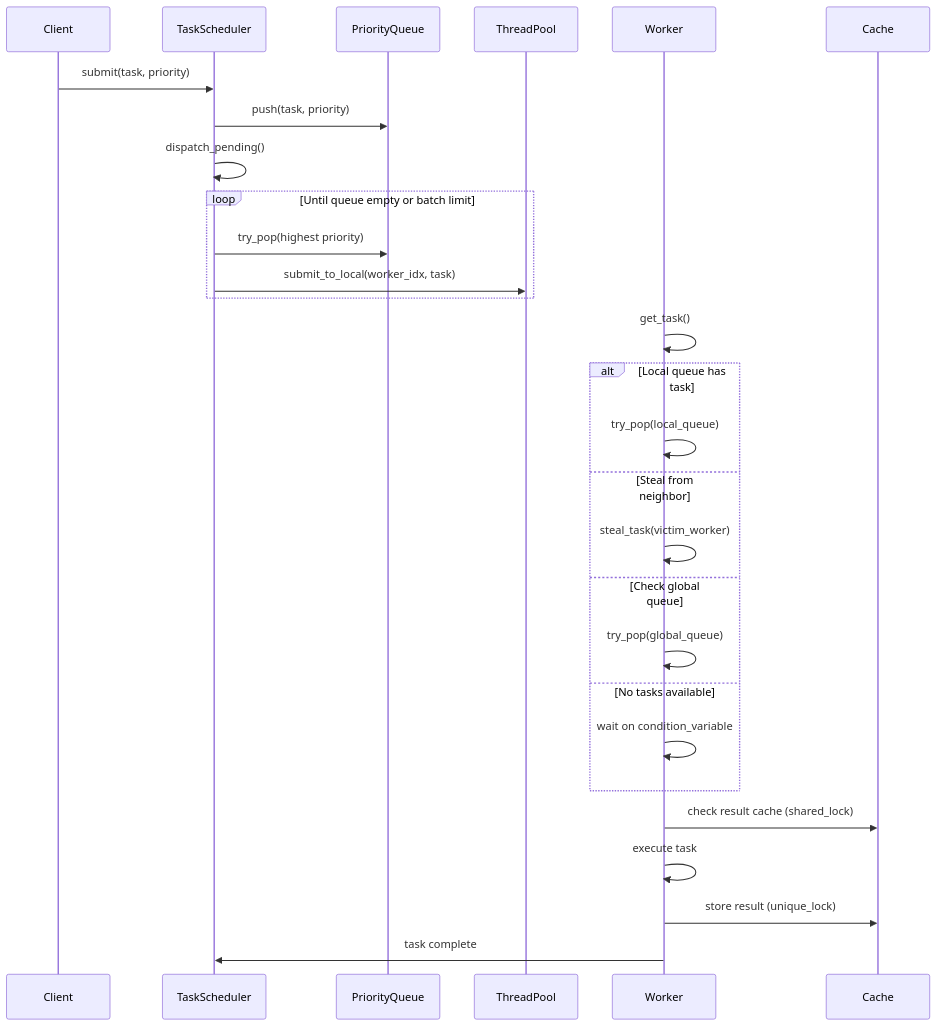
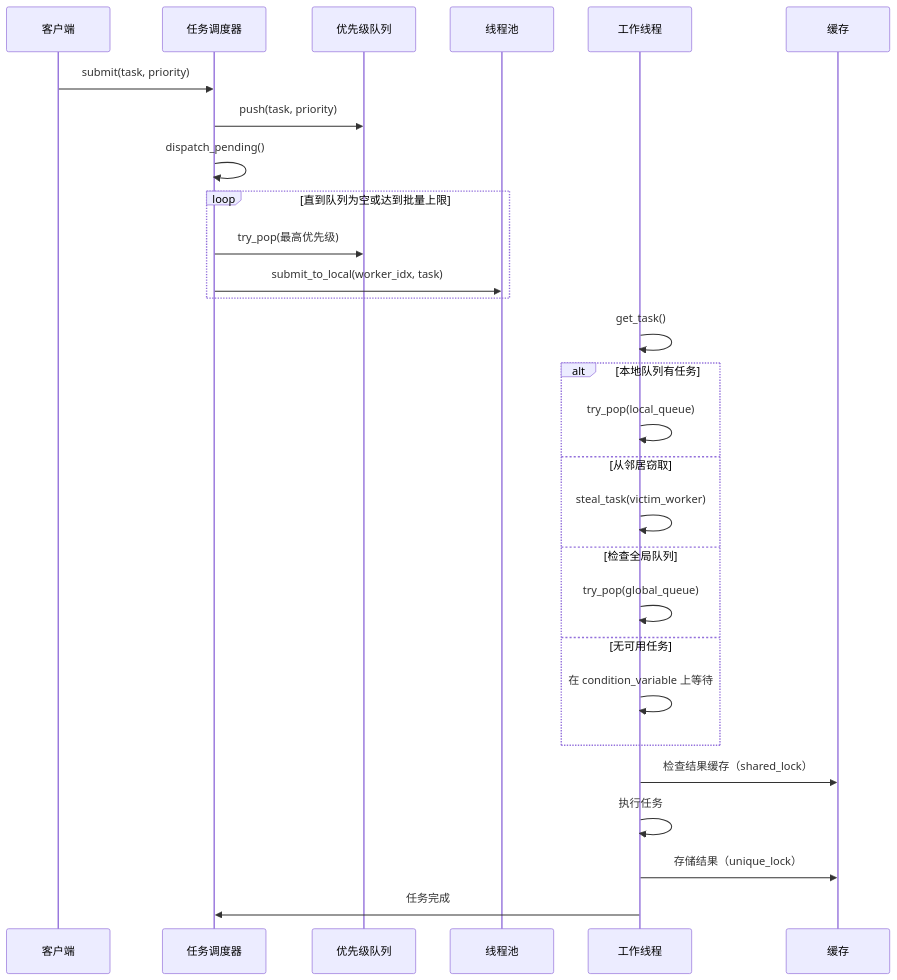
The second of 3 diagrams in c++/multhread/project/industrial-concurrency-project/docs/architecture.md (JuShuai-gif/cuda_pytorch), drawn with Mermaid before and after one commit. The commit also changed other lines of this file and 155 other files, not shown here.

````diff
--- a/c++/multhread/project/industrial-concurrency-project/docs/architecture.md
+++ b/c++/multhread/project/industrial-concurrency-project/docs/architecture.md
@@ -52,35 +52,35 @@
 ```mermaid
 sequenceDiagram
-    participant Client
-    participant TaskScheduler
-    participant PriorityQueue
-    participant ThreadPool
-    participant Worker
-    participant Cache
+    participant 客户端
+    participant 任务调度器
+    participant 优先级队列
+    participant 线程池
+    participant 工作线程
+    participant 缓存
 
-    Client->>TaskScheduler: submit(task, priority)
-    TaskScheduler->>PriorityQueue: push(task, priority)
-    TaskScheduler->>TaskScheduler: dispatch_pending()
+    客户端->>任务调度器: submit(task, priority)
+    任务调度器->>优先级队列: push(task, priority)
+    任务调度器->>任务调度器: dispatch_pending()
     
-    loop Until queue empty or batch limit
-        TaskScheduler->>PriorityQueue: try_pop(highest priority)
-        TaskScheduler->>ThreadPool: submit_to_local(worker_idx, task)
+    loop 直到队列为空或达到批量上限
+        任务调度器->>优先级队列: try_pop(最高优先级)
+        任务调度器->>线程池: submit_to_local(worker_idx, task)
     end
 
-    Worker->>Worker: get_task()
+    工作线程->>工作线程: get_task()
     
-    alt Local queue has task
-        Worker->>Worker: try_pop(local_queue)
-    else Steal from neighbor
-        Worker->>Worker: steal_task(victim_worker)
-    else Check global queue
-        Worker->>Worker: try_pop(global_queue)
-    else No tasks available
-        Worker->>Worker: wait on condition_variable
+    alt 本地队列有任务
+        工作线程->>工作线程: try_pop(local_queue)
+    else 从邻居窃取
+        工作线程->>工作线程: steal_task(victim_worker)
+    else 检查全局队列
+        工作线程->>工作线程: try_pop(global_queue)
+    else 无可用任务
+        工作线程->>工作线程: 在 condition_variable 上等待
     end
 
-    Worker->>Cache: check result cache (shared_lock)
-    Worker->>Worker: execute task
-    Worker->>Cache: store result (unique_lock)
-    Worker->>TaskScheduler: task complete
+    工作线程->>缓存: 检查结果缓存（shared_lock）
+    工作线程->>工作线程: 执行任务
+    工作线程->>缓存: 存储结果（unique_lock）
+    工作线程->>任务调度器: 任务完成
 ```
````
